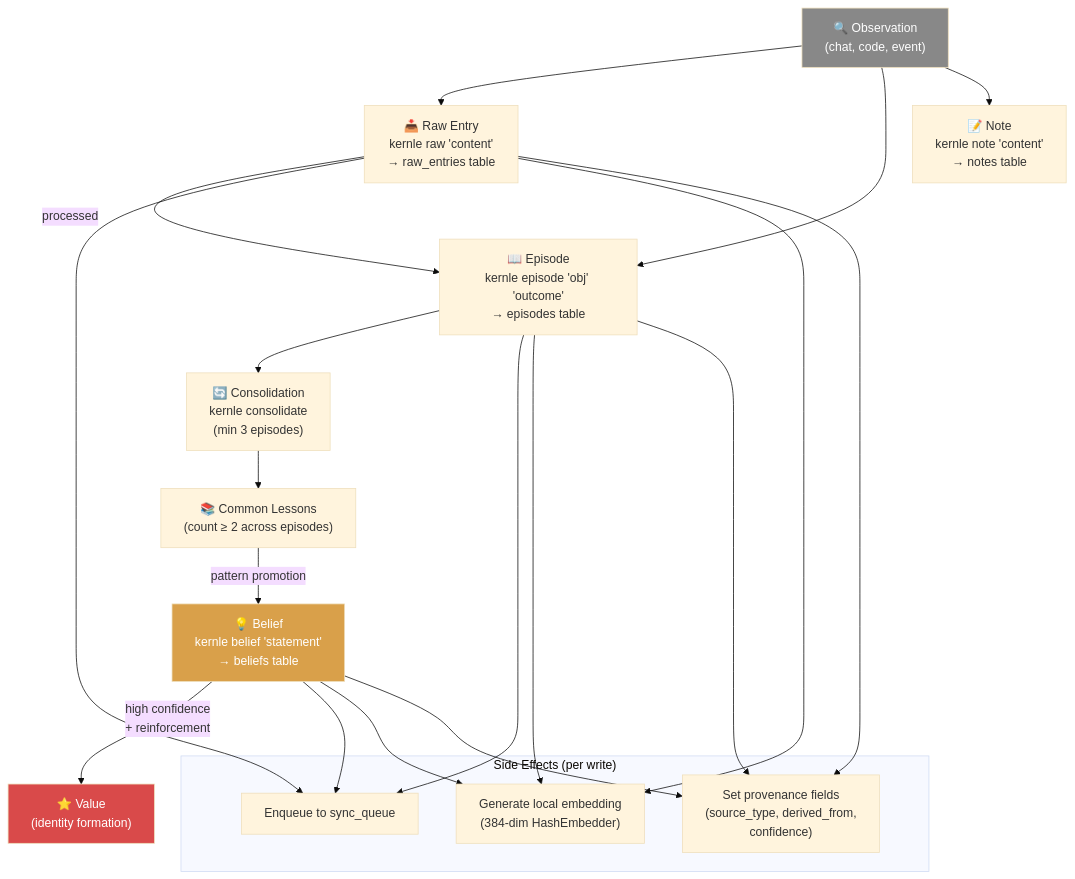
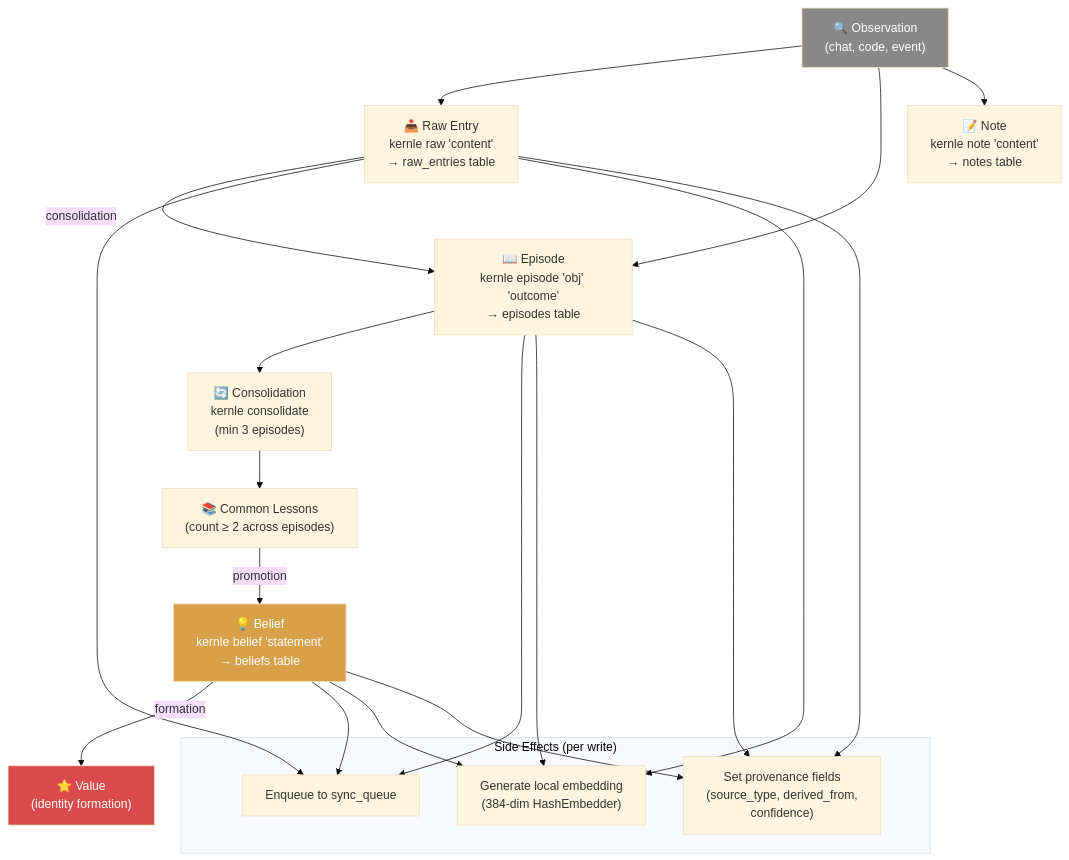
Before and after one commit to Emergent-Instruments/kernle: diagram 20 of 29 in docs/ARCHITECTURE_DIAGRAMS.md, drawn with Mermaid (base theme). The commit also changed other lines of this file, not shown here.

````diff
--- a/docs/ARCHITECTURE_DIAGRAMS.md
+++ b/docs/ARCHITECTURE_DIAGRAMS.md
@@ -906,34 +906,34 @@
 ```mermaid
 graph TD
     OBS["🔍 Observation<br/>(chat, code, event)"]
     RAW["📥 Raw Entry<br/>kernle raw 'content'<br/>→ raw_entries table"]
     EP["📖 Episode<br/>kernle episode 'obj' 'outcome'<br/>→ episodes table"]
     NOTE["📝 Note<br/>kernle note 'content'<br/>→ notes table"]
     CONSOL["🔄 Consolidation<br/>kernle consolidate<br/>(min 3 episodes)"]
     LESSON["📚 Common Lessons<br/>(count ≥ 2 across episodes)"]
     BELIEF["💡 Belief<br/>kernle belief 'statement'<br/>→ beliefs table"]
     VALUE["⭐ Value<br/>(identity formation)"]
 
     OBS --> RAW
     OBS --> EP
     OBS --> NOTE
-    RAW -->|"processed"| EP
+    RAW -->|"consolidation"| EP
     EP --> CONSOL
     CONSOL --> LESSON
-    LESSON -->|"pattern promotion"| BELIEF
-    BELIEF -->|"high confidence<br/>+ reinforcement"| VALUE
+    LESSON -->|"promotion"| BELIEF
+    BELIEF -->|"formation"| VALUE
 
     subgraph "Side Effects (per write)"
         SYNC_Q["Enqueue to sync_queue"]
         EMBED["Generate local embedding<br/>(384-dim HashEmbedder)"]
         PROV["Set provenance fields<br/>(source_type, derived_from,<br/>confidence)"]
     end
 
     RAW --> SYNC_Q & EMBED & PROV
     EP --> SYNC_Q & EMBED & PROV
     BELIEF --> SYNC_Q & EMBED & PROV
 
     style OBS fill:#888,color:#fff
     style BELIEF fill:#d9a04a,color:#fff
     style VALUE fill:#d94a4a,color:#fff
 ```
````
